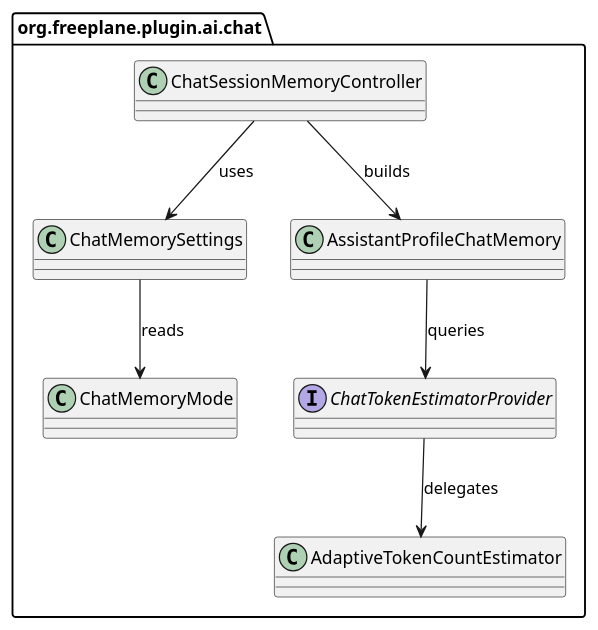
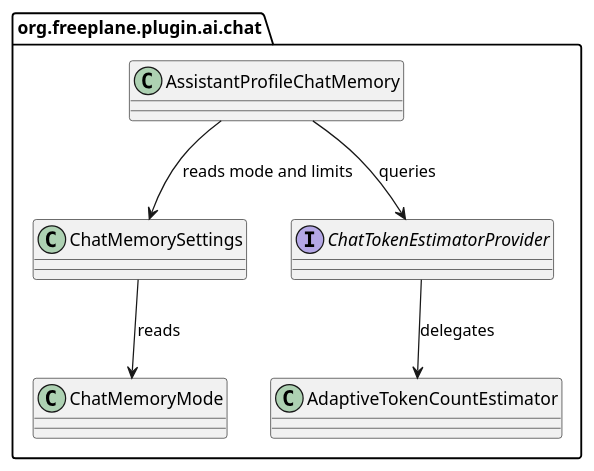
One commit to guoranjun2/nexordia changed the second of 2 diagrams in ai-specs/tasks/backlog/token-based-chat-memory-window.md. Above: the diagram before and after it, drawn with PlantUML. The commit also changed other lines of this file and 18 other files, not shown here.

````diff
--- a/ai-specs/tasks/backlog/token-based-chat-memory-window.md
+++ b/ai-specs/tasks/backlog/token-based-chat-memory-window.md
@@ -64,19 +62,17 @@
   ```plantuml
   @startuml
   set separator none
   package "org.freeplane.plugin.ai.chat" {
     class ChatMemoryMode
     class ChatMemorySettings
-    class ChatSessionMemoryController
     class AssistantProfileChatMemory
     interface ChatTokenEstimatorProvider
     class AdaptiveTokenCountEstimator
   }
 
   ChatMemorySettings --> ChatMemoryMode : reads
-  ChatSessionMemoryController --> ChatMemorySettings : uses
-  ChatSessionMemoryController --> AssistantProfileChatMemory : builds
+  AssistantProfileChatMemory --> ChatMemorySettings : reads mode and limits
   AssistantProfileChatMemory --> ChatTokenEstimatorProvider : queries
   ChatTokenEstimatorProvider --> AdaptiveTokenCountEstimator : delegates
   @enduml
   ```
````
